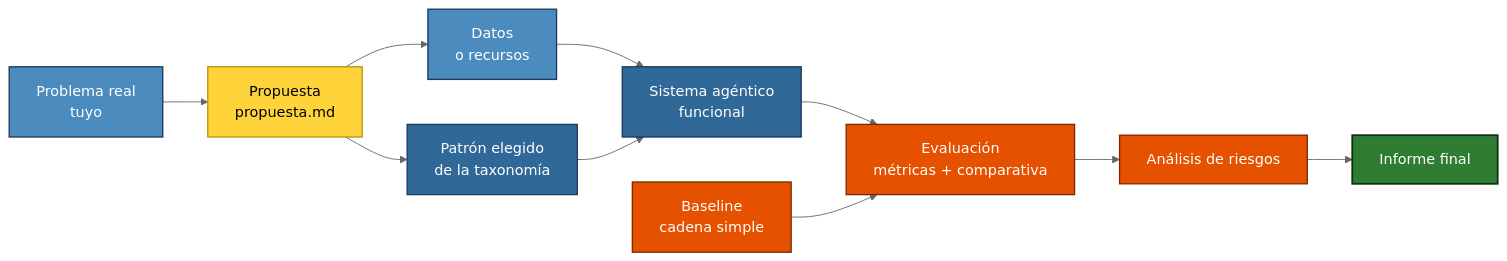
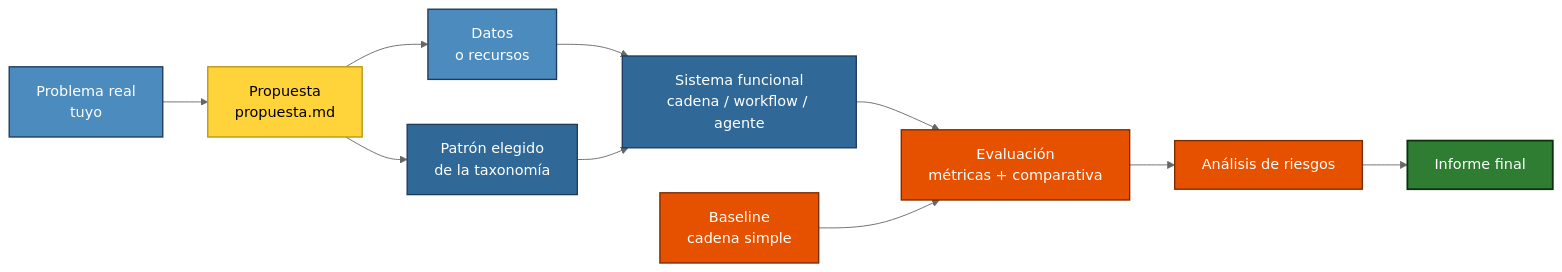
One commit to Adamychen/m10_quarto changed the diagram in evaluables/proyecto-final.qmd. Above: the diagram before and after it, drawn with Mermaid (neutral theme). The commit also changed other lines of this file and 79 other files, not shown here.

````diff
--- a/evaluables/proyecto-final.qmd
+++ b/evaluables/proyecto-final.qmd
@@ -75,27 +108,27 @@
 ```{mermaid}
 graph LR
     classDef input fill:#4B8BBE,stroke:#1e3a5f,color:#fff,stroke-width:1.5px
     classDef proc fill:#306998,stroke:#1e3a5f,color:#fff,stroke-width:1.5px
     classDef doc fill:#FFD43B,stroke:#b8960f,color:#000,stroke-width:1.5px
     classDef tool fill:#e65100,stroke:#7a2b00,color:#fff,stroke-width:1.5px
     classDef out fill:#2e7d32,stroke:#0d3010,color:#fff,stroke-width:2px
 
     PROB[Problema real<br/>tuyo]:::input
     PROP[Propuesta<br/>propuesta.md]:::doc
     DATOS[Datos<br/>o recursos]:::input
     PATRON[Patrón elegido<br/>de la taxonomía]:::proc
-    SIST[Sistema agéntico<br/>funcional]:::proc
+    SIST[Sistema funcional<br/>cadena / workflow / agente]:::proc
     BASELINE[Baseline<br/>cadena simple]:::tool
     EVAL[Evaluación<br/>métricas + comparativa]:::tool
     RISK[Análisis de riesgos]:::tool
     REPORT[Informe final]:::out
 
     PROB --> PROP --> DATOS
     PROP --> PATRON
     DATOS --> SIST
     PATRON --> SIST
     SIST --> EVAL
     BASELINE --> EVAL
     EVAL --> RISK
     RISK --> REPORT
 ```
````
